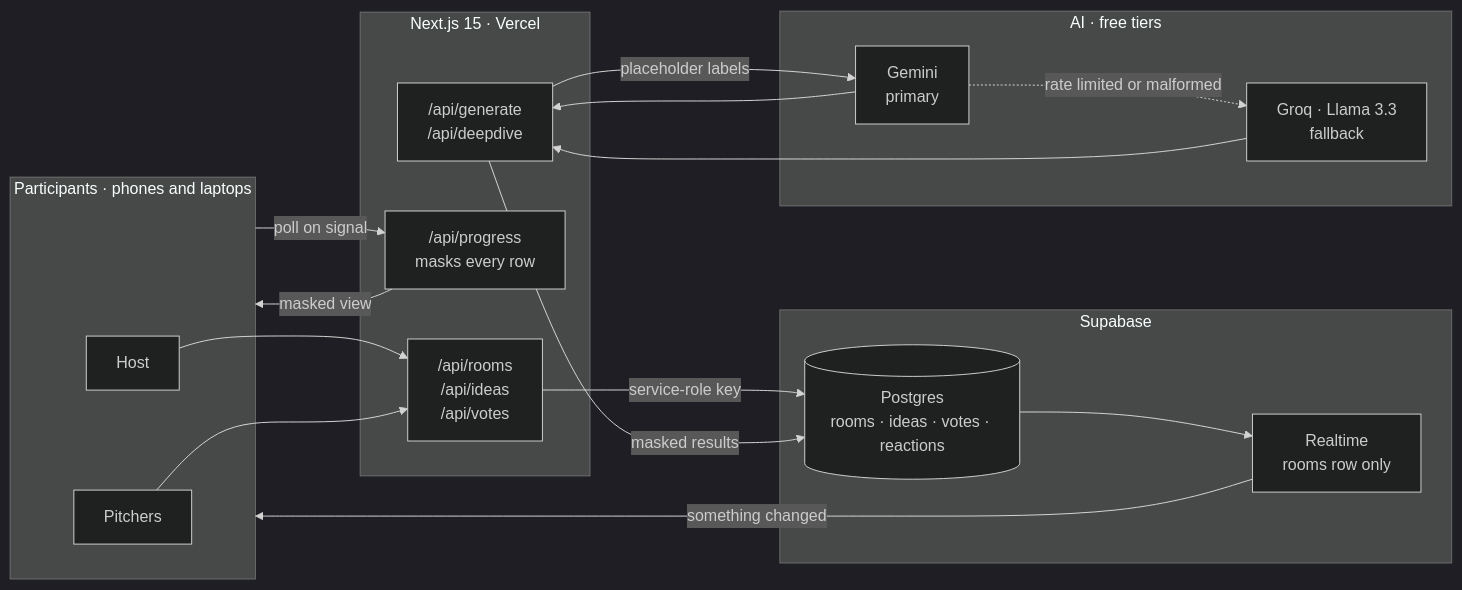
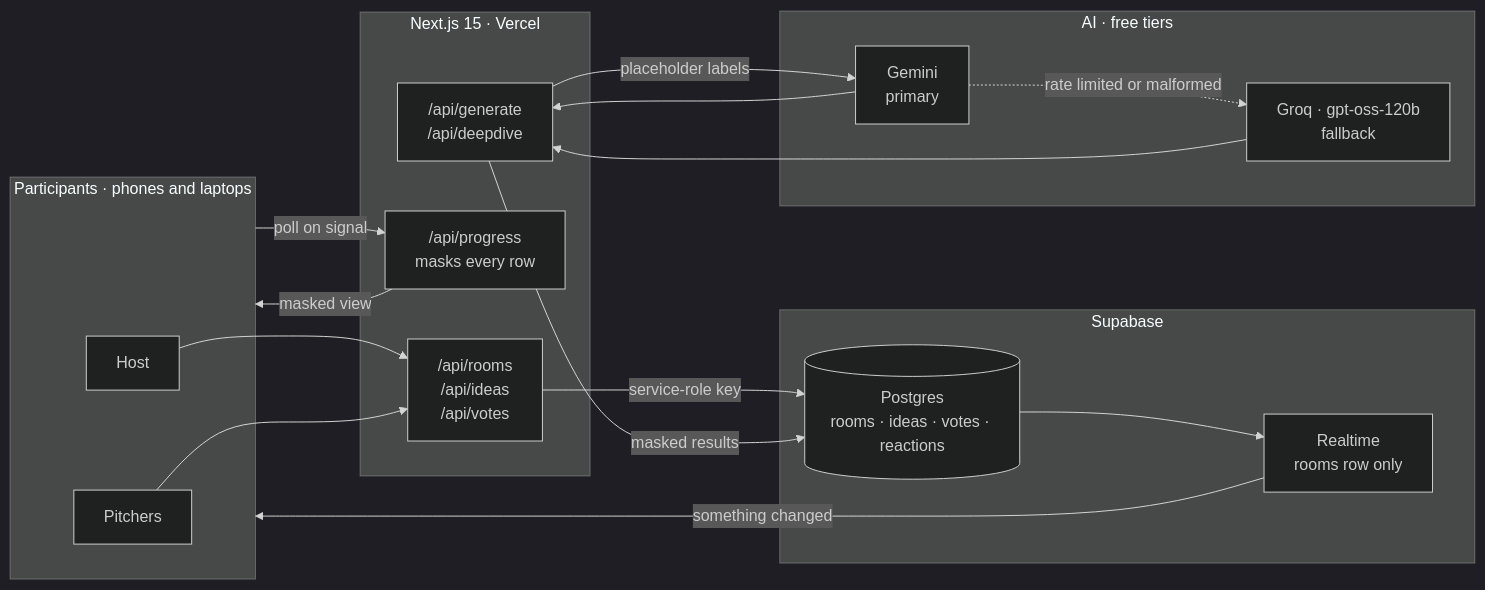
Before and after one commit to Rian-Fernando/HiveMind: the first of 2 diagrams in docs/architecture.md, drawn with Mermaid (dark theme). The commit also changed 10 other files, not shown here.

````diff
--- a/docs/architecture.md
+++ b/docs/architecture.md
@@ -14,36 +14,36 @@
 ```mermaid
 flowchart LR
   subgraph Clients["Participants · phones and laptops"]
     H["Host"]
     P["Pitchers"]
   end
 
   subgraph App["Next.js 15 · Vercel"]
     R["/api/rooms<br/>/api/ideas<br/>/api/votes"]
     PR["/api/progress<br/>masks every row"]
     G["/api/generate<br/>/api/deepdive"]
   end
 
   subgraph Data["Supabase"]
     DB[("Postgres<br/>rooms · ideas · votes · reactions")]
     RT["Realtime<br/>rooms row only"]
   end
 
   subgraph AI["AI · free tiers"]
     GEM["Gemini<br/>primary"]
-    GRQ["Groq · Llama 3.3<br/>fallback"]
+    GRQ["Groq · gpt-oss-120b<br/>fallback"]
   end
 
   H --> R
   P --> R
   R -->|service-role key| DB
   DB --> RT
   RT -->|"something changed"| Clients
   Clients -->|poll on signal| PR
   PR -->|masked view| Clients
   G -->|placeholder labels| GEM
   GEM -.->|rate limited or malformed| GRQ
   GEM --> G
   GRQ --> G
   G -->|"masked results"| DB
 ```
````
